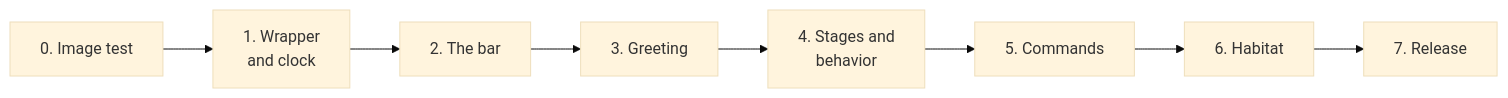
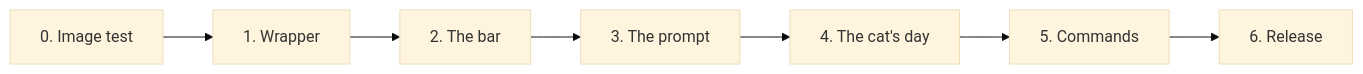
Before and after one commit to ado11231/stray: the diagram in docs/ROADMAP.md, drawn with Mermaid (base theme). The commit also changed other lines of this file and 3 other files, not shown here.

````diff
--- a/docs/ROADMAP.md
+++ b/docs/ROADMAP.md
@@ -31,10 +30,9 @@
 ```mermaid
 flowchart LR
-    P0["0. Image test"] --> P1["1. Wrapper<br/>and clock"]
+    P0["0. Image test"] --> P1["1. Wrapper"]
     P1 --> P2["2. The bar"]
-    P2 --> P3["3. Greeting"]
-    P3 --> P4["4. Stages and<br/>behavior"]
+    P2 --> P3["3. The prompt"]
+    P3 --> P4["4. The cat's day"]
     P4 --> P5["5. Commands"]
-    P5 --> P6["6. Habitat"]
-    P6 --> P7["7. Release"]
+    P5 --> P6["6. Release"]
 ```
````
